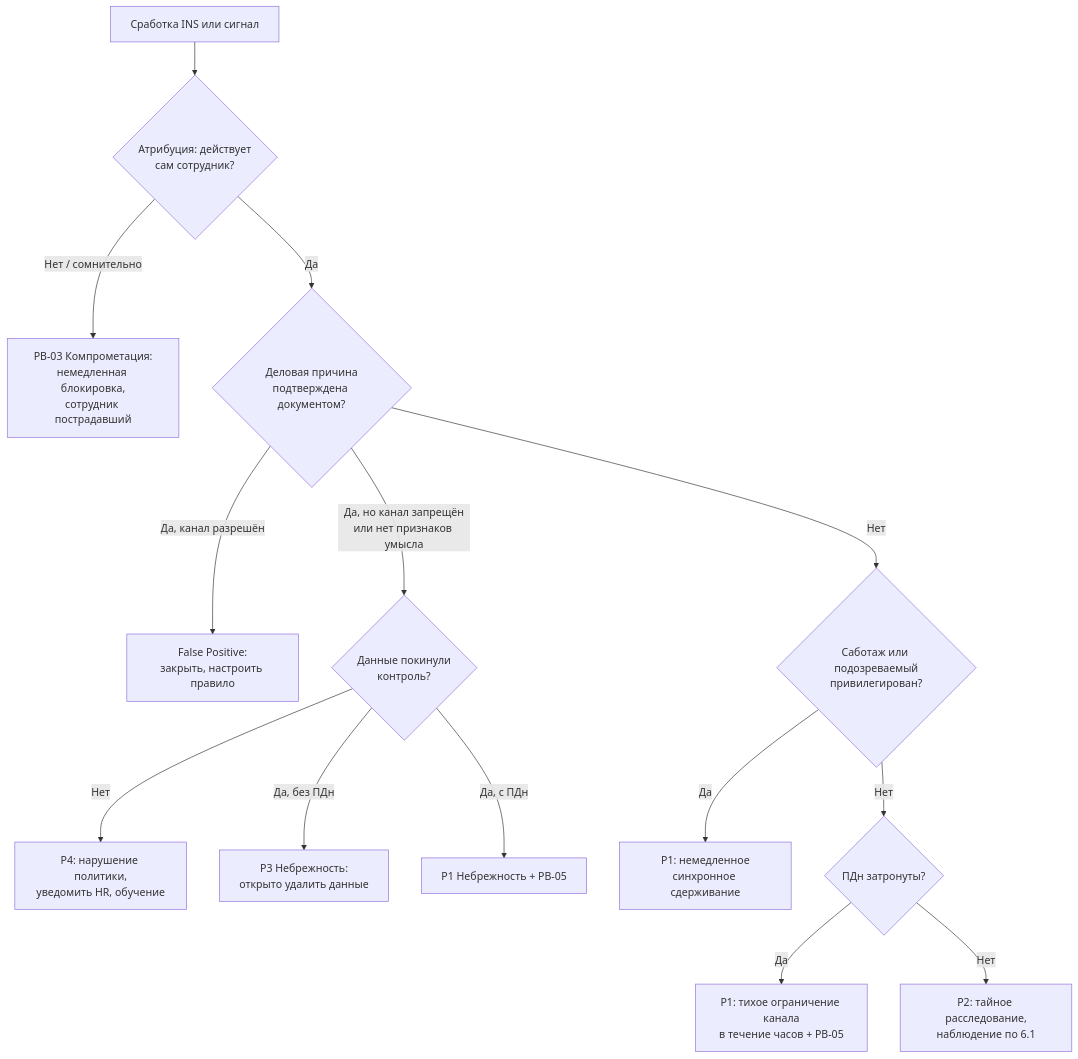
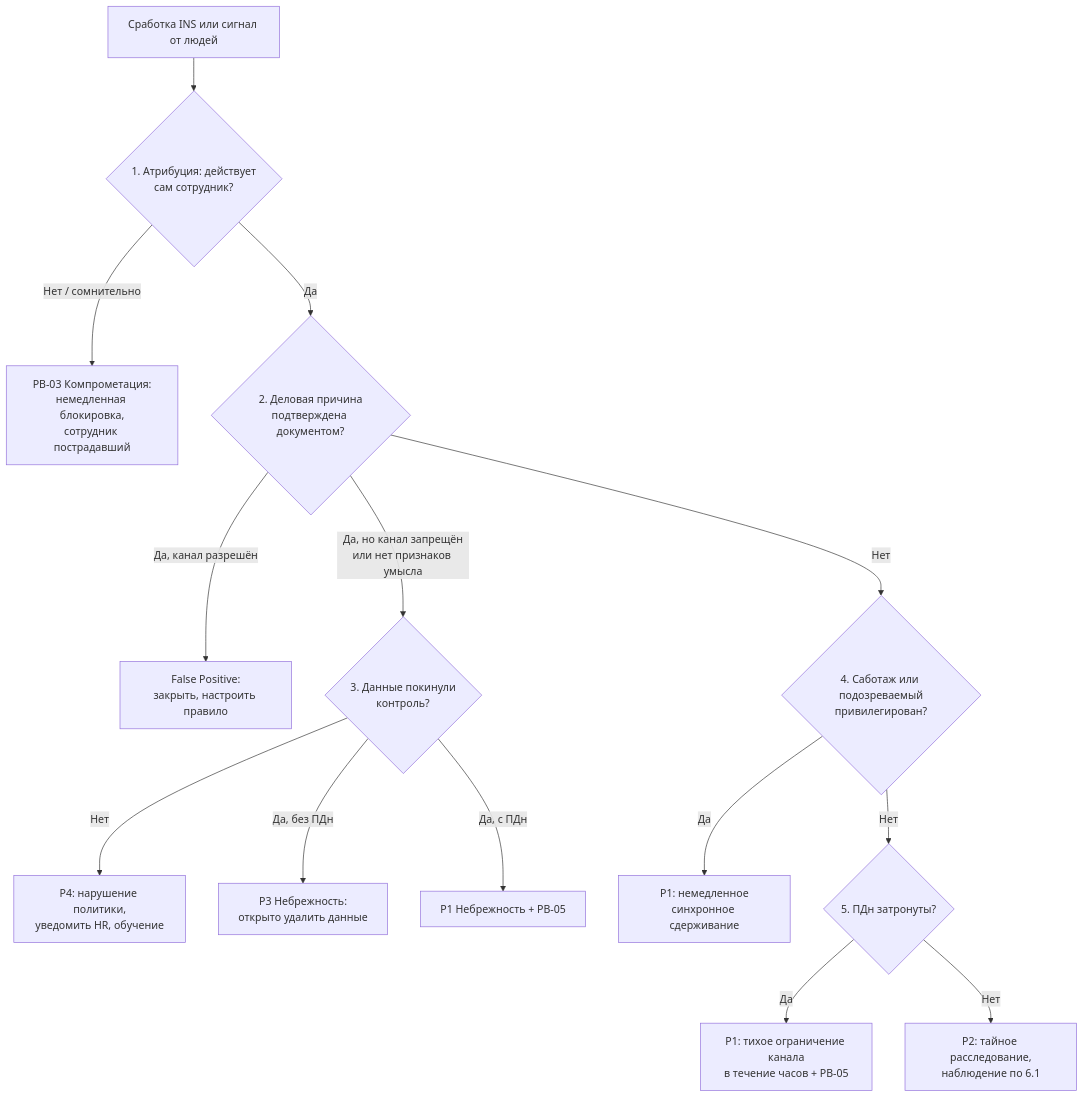
The diagram in playbooks/PB-07-insider.md (vehpbkrby/security-playbook), drawn with Mermaid before and after one commit. The commit also changed other lines of this file and 13 other files, not shown here.

````diff
--- a/playbooks/PB-07-insider.md
+++ b/playbooks/PB-07-insider.md
@@ -150,16 +152,16 @@
 ```mermaid
 flowchart TD
-    A[Сработка INS или сигнал] --> B{Атрибуция: действует<br/>сам сотрудник?}
+    A[Сработка INS или сигнал от людей] --> B{1. Атрибуция: действует<br/>сам сотрудник?}
     B -- Нет / сомнительно --> PB03[PB-03 Компрометация:<br/>немедленная блокировка,<br/>сотрудник пострадавший]
-    B -- Да --> C{Деловая причина<br/>подтверждена документом?}
+    B -- Да --> C{2. Деловая причина<br/>подтверждена документом?}
     C -- Да, канал разрешён --> FP[False Positive:<br/>закрыть, настроить правило]
-    C -- Да, но канал запрещён<br/>или нет признаков умысла --> N{Данные покинули<br/>контроль?}
+    C -- Да, но канал запрещён<br/>или нет признаков умысла --> N{3. Данные покинули<br/>контроль?}
     N -- Нет --> P4[P4: нарушение политики,<br/>уведомить HR, обучение]
     N -- Да, без ПДн --> P3[P3 Небрежность:<br/>открыто удалить данные]
     N -- Да, с ПДн --> P1N[P1 Небрежность + PB-05]
-    C -- Нет --> D{Саботаж или подозреваемый<br/>привилегирован?}
+    C -- Нет --> D{4. Саботаж или подозреваемый<br/>привилегирован?}
     D -- Да --> P1S[P1: немедленное<br/>синхронное сдерживание]
-    D -- Нет --> E{ПДн затронуты?}
+    D -- Нет --> E{5. ПДн затронуты?}
     E -- Да --> P1D[P1: тихое ограничение канала<br/>в течение часов + PB-05]
     E -- Нет --> P2[P2: тайное расследование,<br/>наблюдение по 6.1]
 ```
````
